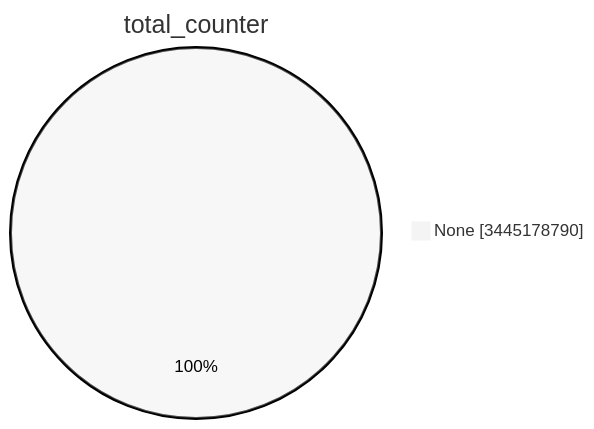
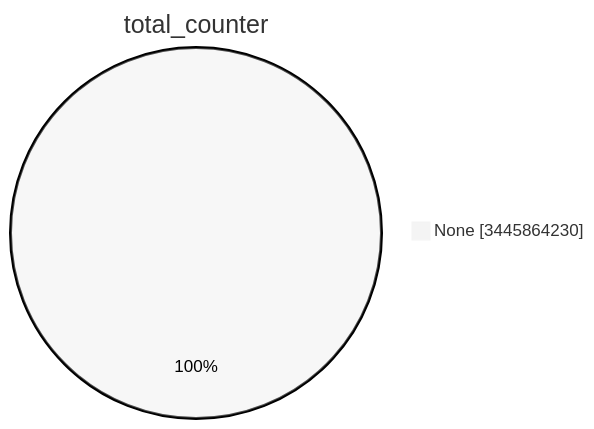
The first of 15 diagrams in TOTAL/README.md (christiankrug/ctmonitor_visualization), drawn with Mermaid (neutral theme) before and after one commit. The commit also changed other lines of this file, not shown here.

````diff
--- a/TOTAL/README.md
+++ b/TOTAL/README.md
@@ -1,5 +1,5 @@
 ```mermaid
 pie showData
 title total_counter
-"None" :3445178790
+"None" :3445864230
 ```
````
